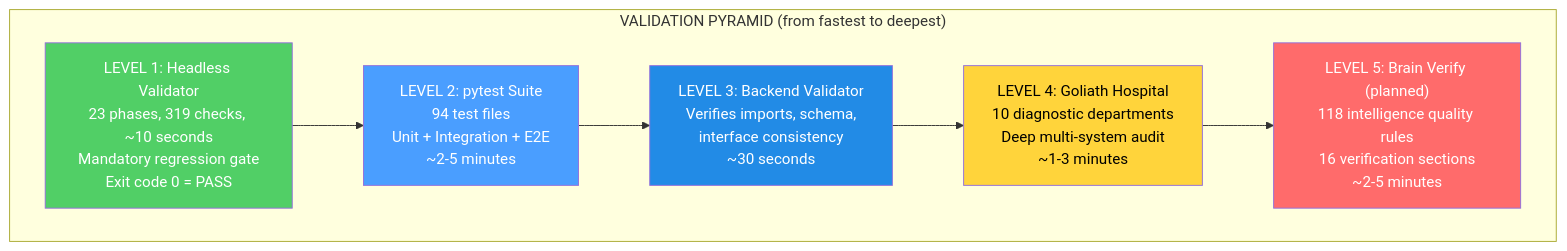
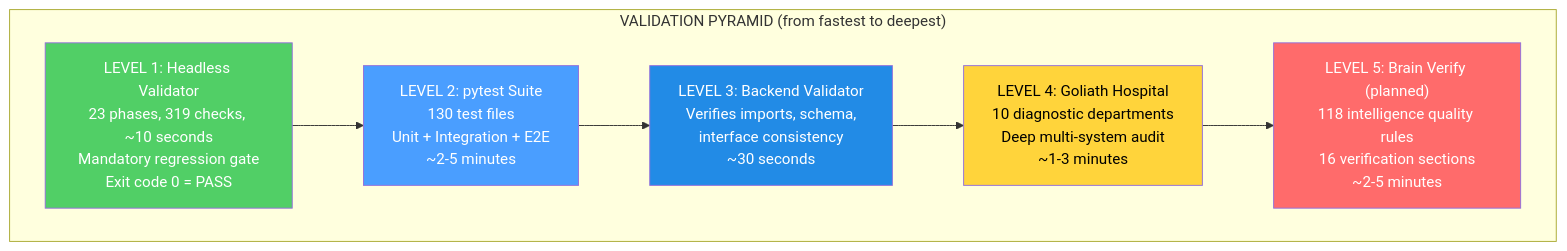
Before and after one commit to renanaugustomacena-ux/Counter-Strike-coach-AI: diagram 38 of 53 in docs/books/Book-Coach-3-en.md, drawn with Mermaid. The commit also changed other lines of this file and 2 other files, not shown here.

First line of the commit message:
docs: update Book-Coach-3 trilogy — remove Kivy, fix screen/test counts

````diff
--- a/docs/books/Book-Coach-3-en.md
+++ b/docs/books/Book-Coach-3-en.md
@@ -2096,16 +2023,16 @@
 ```mermaid
 flowchart TB
     subgraph PYRAMID["VALIDATION PYRAMID (from fastest to deepest)"]
         L1["LEVEL 1: Headless Validator<br/>23 phases, 319 checks, ~10 seconds<br/>Mandatory regression gate<br/>Exit code 0 = PASS"]
-        L2["LEVEL 2: pytest Suite<br/>94 test files<br/>Unit + Integration + E2E<br/>~2-5 minutes"]
+        L2["LEVEL 2: pytest Suite<br/>130 test files<br/>Unit + Integration + E2E<br/>~2-5 minutes"]
         L3["LEVEL 3: Backend Validator<br/>Verifies imports, schema,<br/>interface consistency<br/>~30 seconds"]
         L4["LEVEL 4: Goliath Hospital<br/>10 diagnostic departments<br/>Deep multi-system audit<br/>~1-3 minutes"]
         L5["LEVEL 5: Brain Verify (planned)<br/>118 intelligence quality rules<br/>16 verification sections<br/>~2-5 minutes"]
     end
     L1 --> L2 --> L3 --> L4 --> L5
     style L1 fill:#51cf66,color:#fff
     style L2 fill:#4a9eff,color:#fff
     style L3 fill:#228be6,color:#fff
     style L4 fill:#ffd43b,color:#000
     style L5 fill:#ff6b6b,color:#fff
 ```
````
